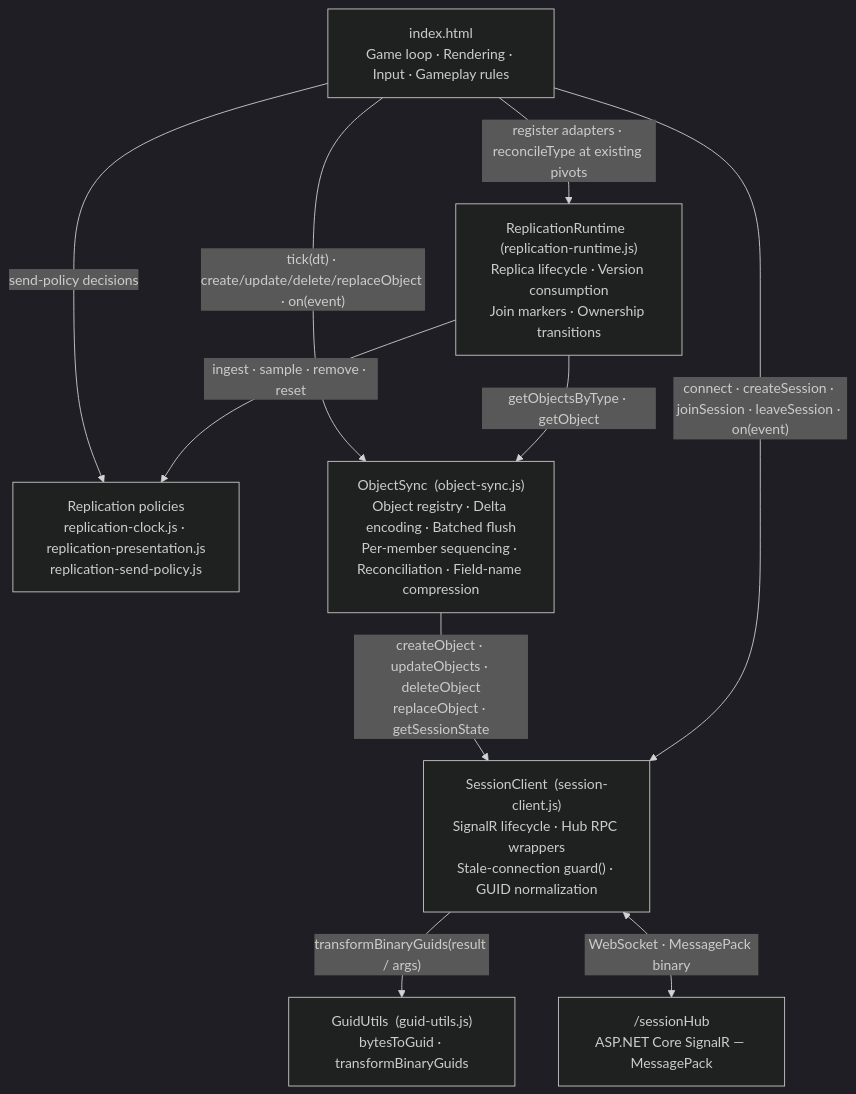
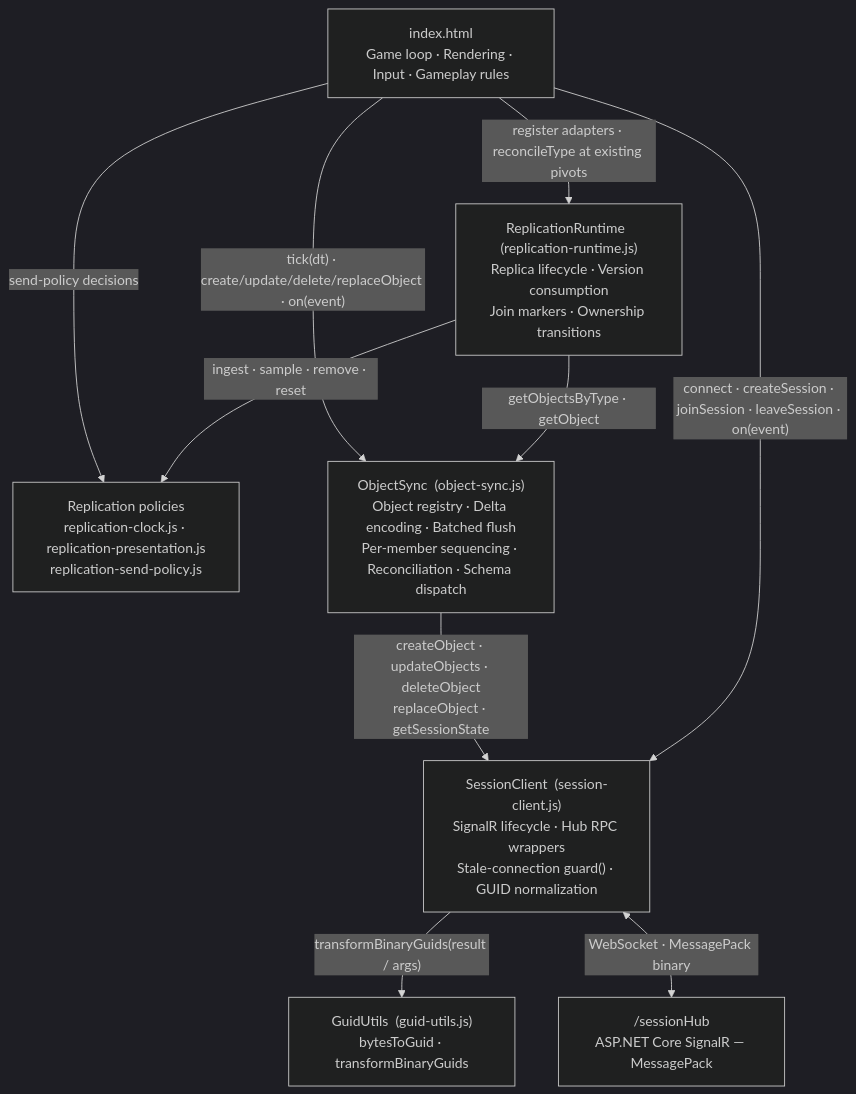
Before and after one commit to badvoidstar/astervoids: the second of 36 diagrams in ARCHITECTURE.md, drawn with Mermaid (dark theme). The commit also changed other lines of this file and 27 other files, not shown here.

````diff
--- a/ARCHITECTURE.md
+++ b/ARCHITECTURE.md
@@ -44,20 +44,20 @@
 ```mermaid
 graph TB
     GAME["index.html<br/>Game loop · Rendering · Input · Gameplay rules"]
     RR["ReplicationRuntime  (replication-runtime.js)<br/>Replica lifecycle · Version consumption<br/>Join markers · Ownership transitions"]
     POL["Replication policies<br/>replication-clock.js · replication-presentation.js<br/>replication-send-policy.js"]
-    OS["ObjectSync  (object-sync.js)<br/>Object registry · Delta encoding · Batched flush<br/>Per-member sequencing · Reconciliation · Field-name compression"]
+    OS["ObjectSync  (object-sync.js)<br/>Object registry · Delta encoding · Batched flush<br/>Per-member sequencing · Reconciliation · Schema dispatch"]
     SC["SessionClient  (session-client.js)<br/>SignalR lifecycle · Hub RPC wrappers<br/>Stale-connection guard() · GUID normalization"]
     GU["GuidUtils  (guid-utils.js)<br/>bytesToGuid · transformBinaryGuids"]
     HUB["/sessionHub<br/>ASP.NET Core SignalR — MessagePack"]
 
     GAME -->|"register adapters · reconcileType at existing pivots"| RR
     RR -->|"getObjectsByType · getObject"| OS
     RR -->|"ingest · sample · remove · reset"| POL
     GAME -->|"send-policy decisions"| POL
     GAME -->|"tick(dt) · create/update/delete/replaceObject · on(event)"| OS
     GAME -->|"connect · createSession · joinSession · leaveSession · on(event)"| SC
     OS -->|"createObject · updateObjects · deleteObject<br/>replaceObject · getSessionState"| SC
     SC -->|"transformBinaryGuids(result / args)"| GU
     SC <-->|"WebSocket · MessagePack binary"| HUB
 ```
````
